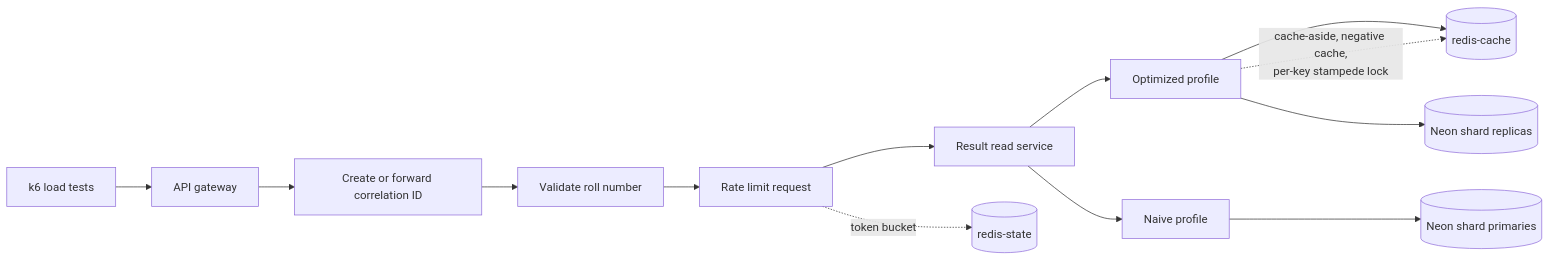
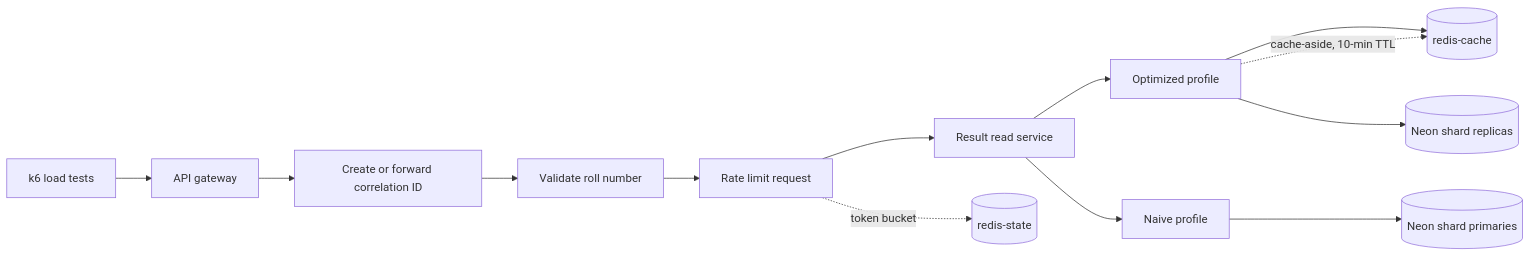
Before and after one commit to mtalhasid/ou-results-distributed-system: the diagram in README.md, drawn with Mermaid. The commit also changed other lines of this file and 107 other files, not shown here.

````diff
--- a/README.md
+++ b/README.md
@@ -7,17 +7,17 @@
 ```mermaid
 flowchart LR
     k6[k6 load tests] --> gateway[API gateway]
     gateway --> correlation[Create or forward correlation ID]
     correlation --> validation[Validate roll number]
     validation --> limit[Rate limit request]
     limit --> read[Result read service]
     limit -. token bucket .-> state[(redis-state)]
 
     read --> optimized[Optimized profile]
     optimized --> cache[(redis-cache)]
     optimized --> replicas[(Neon shard replicas)]
-    optimized -. cache-aside, negative cache,<br/>per-key stampede lock .-> cache
+    optimized -. cache-aside, 10-min TTL .-> cache
 
     read --> naive[Naive profile]
     naive --> primaries[(Neon shard primaries)]
 ```
````
